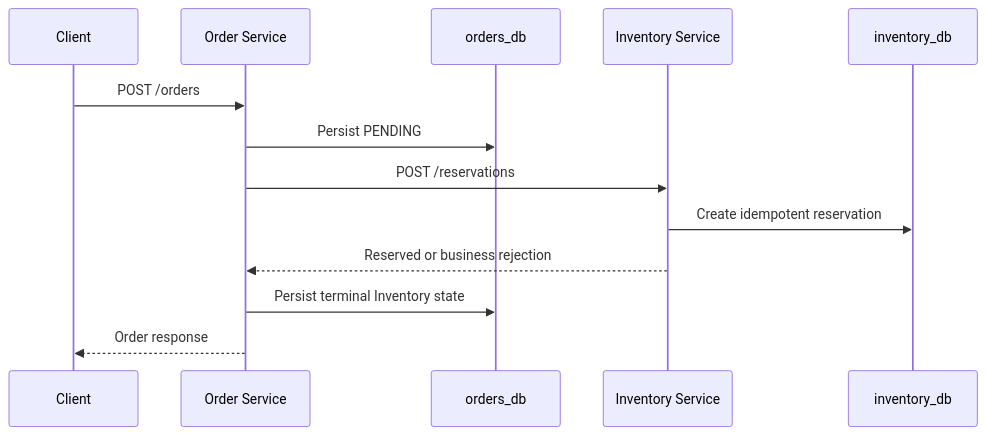
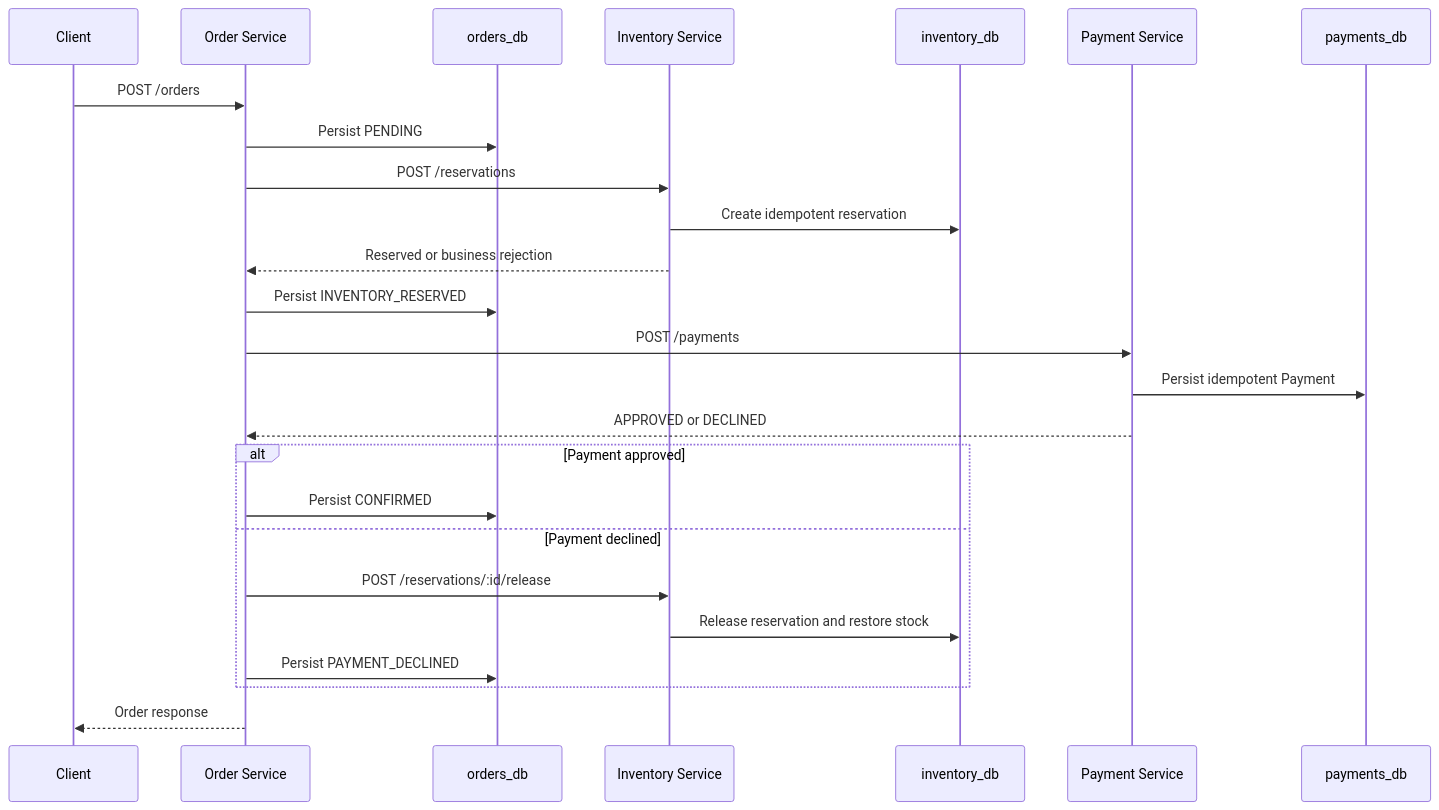
The second of 3 diagrams in docs/architecture.md (ldmrtnll-arch/distributed-order-platform-qa), drawn with Mermaid before and after one commit. The commit also changed other lines of this file and 2 other files, not shown here.

Commit message:
docs: document Order Payment workflow

````diff
--- a/docs/architecture.md
+++ b/docs/architecture.md
@@ -178,16 +185,28 @@
 ```mermaid
 sequenceDiagram
     participant Client
     participant Order as Order Service
     participant OrdersDB as orders_db
     participant Inventory as Inventory Service
     participant InventoryDB as inventory_db
+    participant Payment as Payment Service
+    participant PaymentsDB as payments_db
 
     Client->>Order: POST /orders
     Order->>OrdersDB: Persist PENDING
     Order->>Inventory: POST /reservations
     Inventory->>InventoryDB: Create idempotent reservation
     Inventory-->>Order: Reserved or business rejection
-    Order->>OrdersDB: Persist terminal Inventory state
+    Order->>OrdersDB: Persist INVENTORY_RESERVED
+    Order->>Payment: POST /payments
+    Payment->>PaymentsDB: Persist idempotent Payment
+    Payment-->>Order: APPROVED or DECLINED
+    alt Payment approved
+        Order->>OrdersDB: Persist CONFIRMED
+    else Payment declined
+        Order->>Inventory: POST /reservations/:id/release
+        Inventory->>InventoryDB: Release reservation and restore stock
+        Order->>OrdersDB: Persist PAYMENT_DECLINED
+    end
     Order-->>Client: Order response
 ```
````
